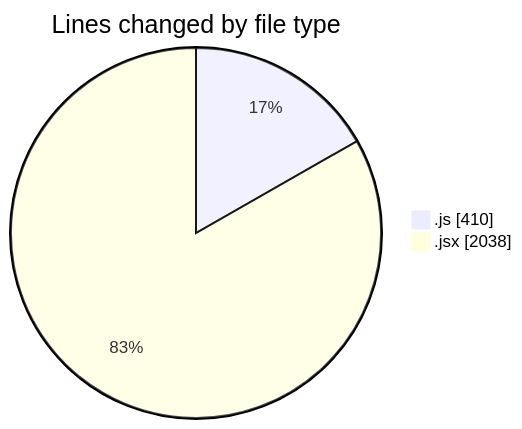
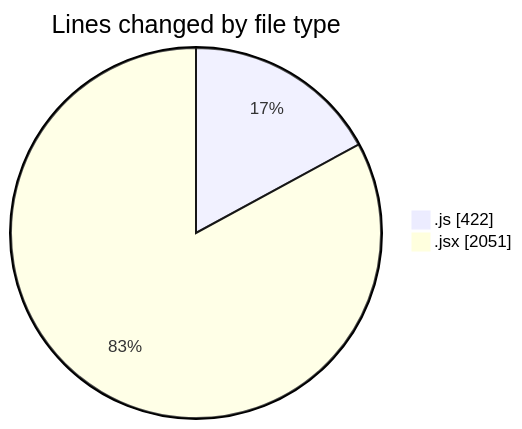
Before and after one commit to nxtqubesakshisongat/code-tracking: the first of 2 diagrams in 2025-08-28/nxtqube_webapp/README.md, drawn with Mermaid. The commit also changed other lines of this file and 1 other file, not shown here.

````diff
--- a/2025-08-28/nxtqube_webapp/README.md
+++ b/2025-08-28/nxtqube_webapp/README.md
@@ -25,6 +25,6 @@
 ```mermaid
 pie showData
 title Lines changed by file type
-".js" : 410
-".jsx" : 2038
+".js" : 422
+".jsx" : 2051
 ```
````
